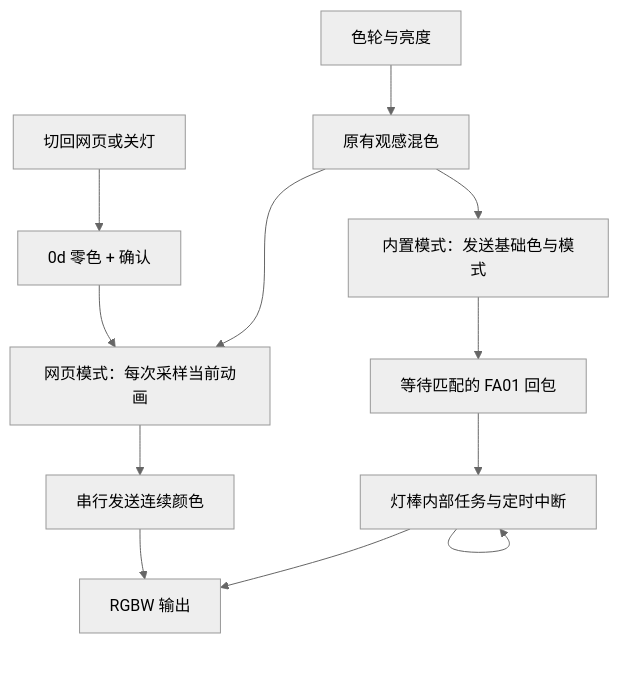
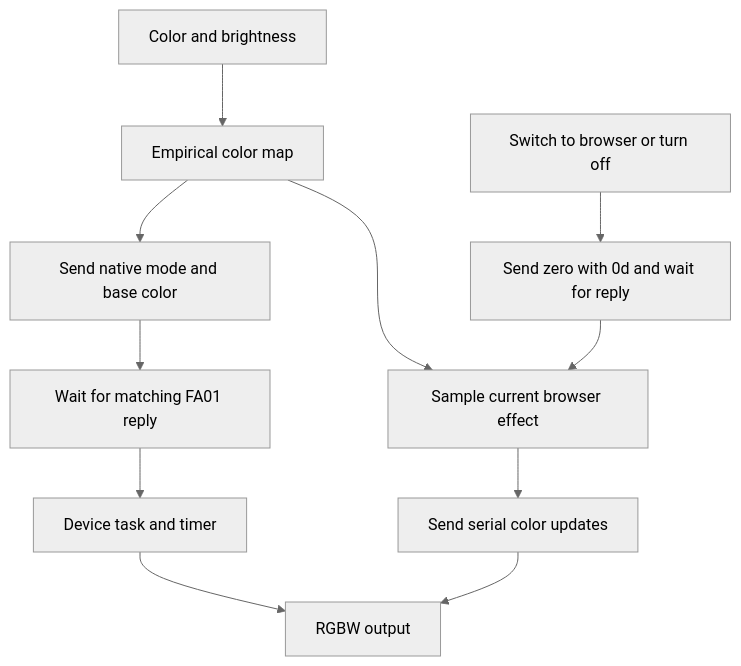
One commit to CloudyMoonShape/wuwa-lightstick changed the diagram in docs/NATIVE-EFFECTS.md. Above: the diagram before and after it, drawn with Mermaid (neutral theme). The commit also changed other lines of this file and 68 other files, not shown here.

````diff
--- a/docs/NATIVE-EFFECTS.md
+++ b/docs/NATIVE-EFFECTS.md
@@ -23,14 +31,13 @@
 ```mermaid
 flowchart TB
-  C[色轮与亮度] --> M[原有观感混色]
-  M --> N[内置模式：发送基础色与模式]
-  N --> ACK[等待匹配的 FA01 回包]
-  ACK --> T[灯棒内部任务与定时中断]
-  T --> PWM[RGBW 输出]
-  T --> T
-  M --> W[网页模式：每次采样当前动画]
-  W --> G[串行发送连续颜色]
+  C[Color and brightness] --> M[Empirical color map]
+  M --> N[Send native mode and base color]
+  N --> ACK[Wait for matching FA01 reply]
+  ACK --> T[Device task and timer]
+  T --> PWM[RGBW output]
+  M --> W[Sample current browser effect]
+  W --> G[Send serial color updates]
   G --> PWM
-  STOP[切回网页或关灯] --> RESET[0d 零色 + 确认]
+  STOP[Switch to browser or turn off] --> RESET[Send zero with 0d and wait for reply]
   RESET --> W
 ```
````
